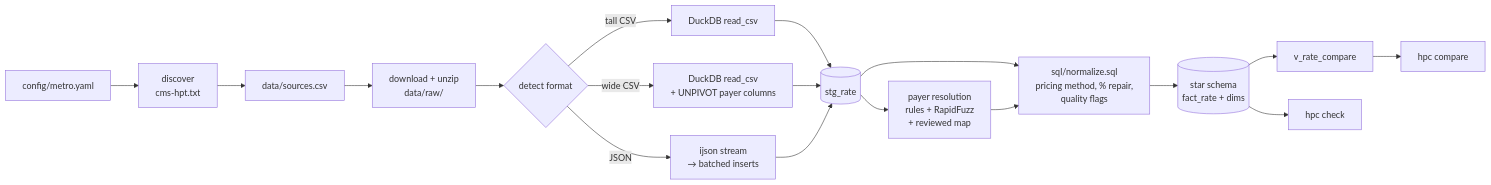
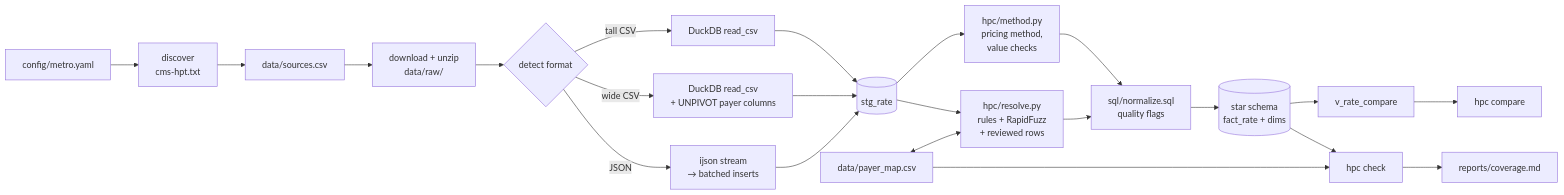
Before and after one commit to ci-jy/hospital-price-compare: the first of 2 diagrams in README.md, drawn with Mermaid. The commit also changed other lines of this file and 3 other files, not shown here.

Commit message:
Describe the twelve-hospital load, payer review and coverage report in the README; add a changelog

````diff
--- a/README.md
+++ b/README.md
@@ -26,20 +33,24 @@
 ```mermaid
 flowchart LR
     A[config/metro.yaml] --> B[discover<br/>cms-hpt.txt]
     B --> C[data/sources.csv]
     C --> D[download + unzip<br/>data/raw/]
     D --> E{detect format}
     E -->|tall CSV| F[DuckDB read_csv]
     E -->|wide CSV| G[DuckDB read_csv<br/>+ UNPIVOT payer columns]
     E -->|JSON| H[ijson stream<br/>→ batched inserts]
     F --> S[(stg_rate)]
     G --> S
     H --> S
-    S --> R[payer resolution<br/>rules + RapidFuzz<br/>+ reviewed map]
-    S --> N[sql/normalize.sql<br/>pricing method, % repair,<br/>quality flags]
+    S --> R[hpc/resolve.py<br/>rules + RapidFuzz<br/>+ reviewed rows]
+    PM[data/payer_map.csv] <--> R
+    S --> M[hpc/method.py<br/>pricing method,<br/>value checks]
+    M --> N[sql/normalize.sql<br/>quality flags]
     R --> N
     N --> X[(star schema<br/>fact_rate + dims)]
     X --> V[v_rate_compare]
     V --> CMP[hpc compare]
     X --> CHK[hpc check]
+    PM --> CHK
+    CHK --> COV[reports/coverage.md]
 ```
````
